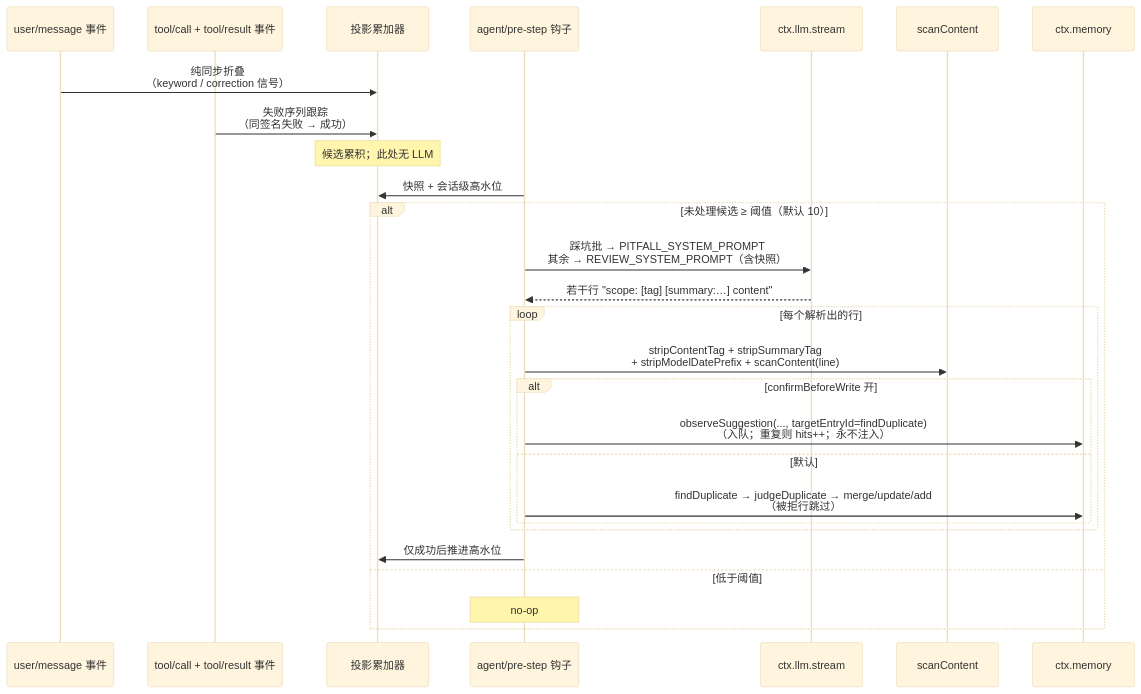
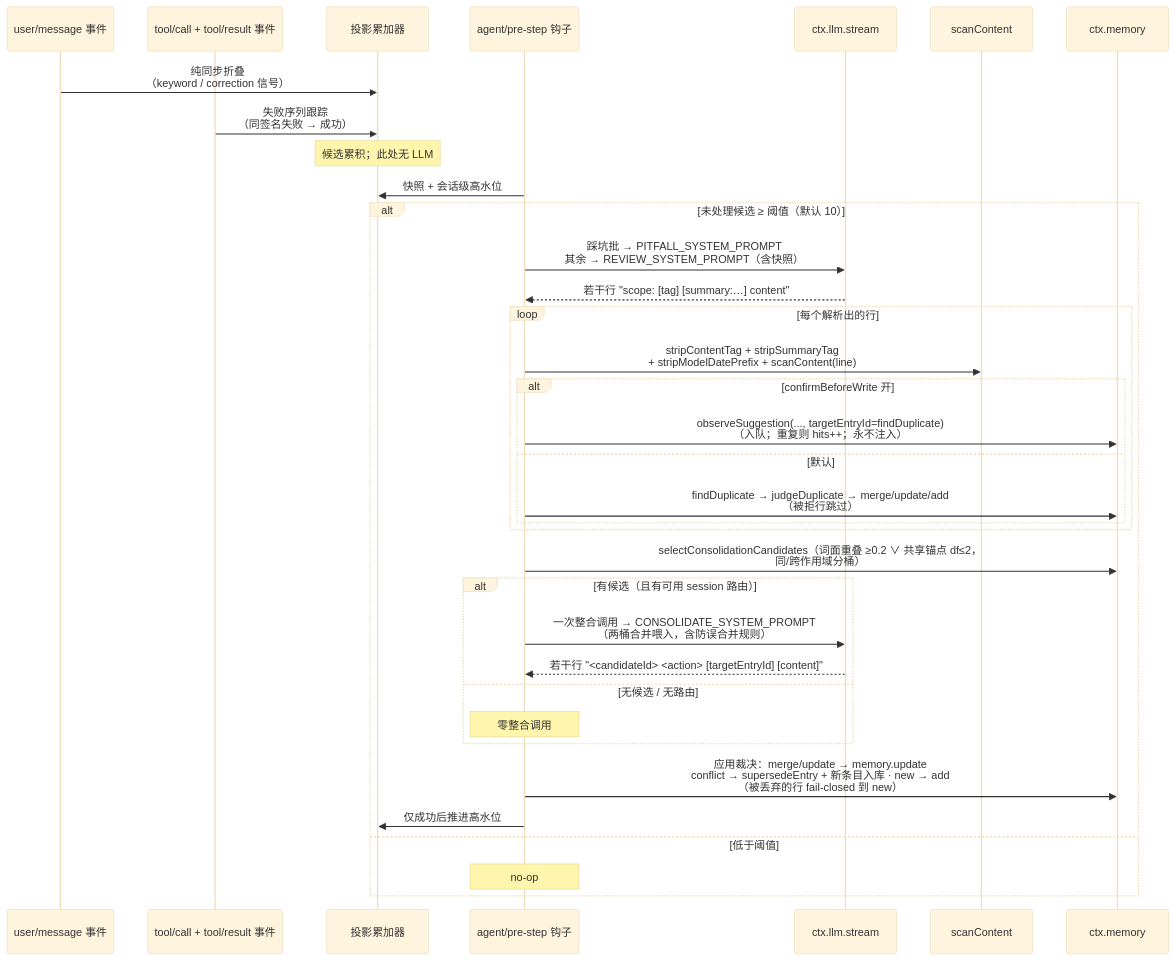
One commit to chenhw7/dsh-memory changed the third of 3 diagrams in docs/TECH_DESIGN.zh.md. Above: the diagram before and after it, drawn with Mermaid (base theme). The commit also changed other lines of this file and 15 other files, not shown here.

````diff
--- a/docs/TECH_DESIGN.zh.md
+++ b/docs/TECH_DESIGN.zh.md
@@ -165,30 +165,38 @@
 ```mermaid
 sequenceDiagram
   participant U as user/message 事件
   participant TL as tool/call + tool/result 事件
   participant ACC as 投影累加器
   participant STEP as agent/pre-step 钩子
   participant LLM as ctx.llm.stream
   participant SCAN as scanContent
   participant STORE as ctx.memory
 
   U->>ACC: 纯同步折叠<br/>（keyword / correction 信号）
   TL->>ACC: 失败序列跟踪<br/>（同签名失败 → 成功）
   Note over ACC: 候选累积；此处无 LLM
   STEP->>ACC: 快照 + 会话级高水位
   alt 未处理候选 ≥ 阈值（默认 10）
     STEP->>LLM: 踩坑批 → PITFALL_SYSTEM_PROMPT<br/>其余 → REVIEW_SYSTEM_PROMPT（含快照）
     LLM-->>STEP: 若干行 "scope: [tag] [summary:…] content"
     loop 每个解析出的行
       STEP->>SCAN: stripContentTag + stripSummaryTag<br/>+ stripModelDatePrefix + scanContent(line)
       alt confirmBeforeWrite 开
         STEP->>STORE: observeSuggestion(..., targetEntryId=findDuplicate)<br/>（入队；重复则 hits++；永不注入）
       else 默认
         STEP->>STORE: findDuplicate → judgeDuplicate → merge/update/add<br/>（被拒行跳过）
       end
     end
+    STEP->>STORE: selectConsolidationCandidates（词面重叠 ≥0.2 ∨ 共享锚点 df≤2，<br/>同/跨作用域分桶）
+    alt 有候选（且有可用 session 路由）
+      STEP->>LLM: 一次整合调用 → CONSOLIDATE_SYSTEM_PROMPT<br/>（两桶合并喂入，含防误合并规则）
+      LLM-->>STEP: 若干行 "<candidateId> <action> [targetEntryId] [content]"
+    else 无候选 / 无路由
+      Note over STEP: 零整合调用
+    end
+    STEP->>STORE: 应用裁决：merge/update → memory.update<br/>conflict → supersedeEntry + 新条目入库 · new → add<br/>（被丢弃的行 fail-closed 到 new）
     STEP->>ACC: 仅成功后推进高水位
   else 低于阈值
     Note over STEP: no-op
   end
 ```
````
